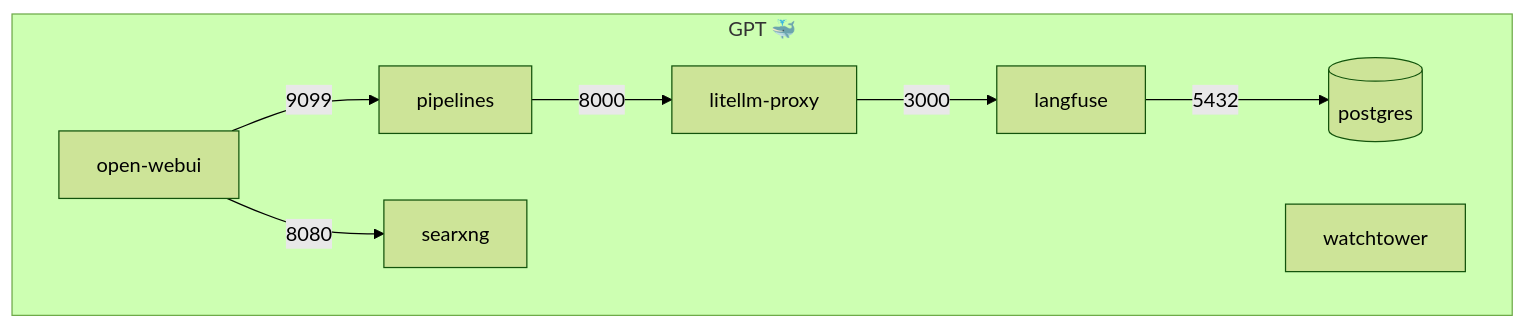
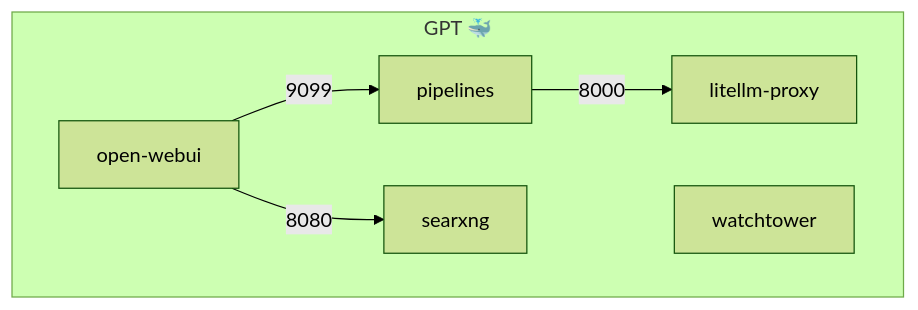
The first of 2 diagrams in openwebui/README.md (changchiyou/Docker), drawn with Mermaid (forest theme) before and after one commit. The commit also changed other lines of this file, not shown here.

````diff
--- a/openwebui/README.md
+++ b/openwebui/README.md
@@ -82,20 +38,16 @@
 ```mermaid
 graph TB
     subgraph "GPT 🐳"
         direction LR
         B[open-webui]
         C[litellm-proxy]
         D[pipelines]
         E[watchtower]
         F[searxng]
-        G[(postgres)]
-        H[langfuse]
     end
 
     %% Dependencies %%
     B -->|9099| D
     D -->|8000| C
     B -->|8080| F
-    H -->|5432| G
-    C -->|3000| H
 ```
````
